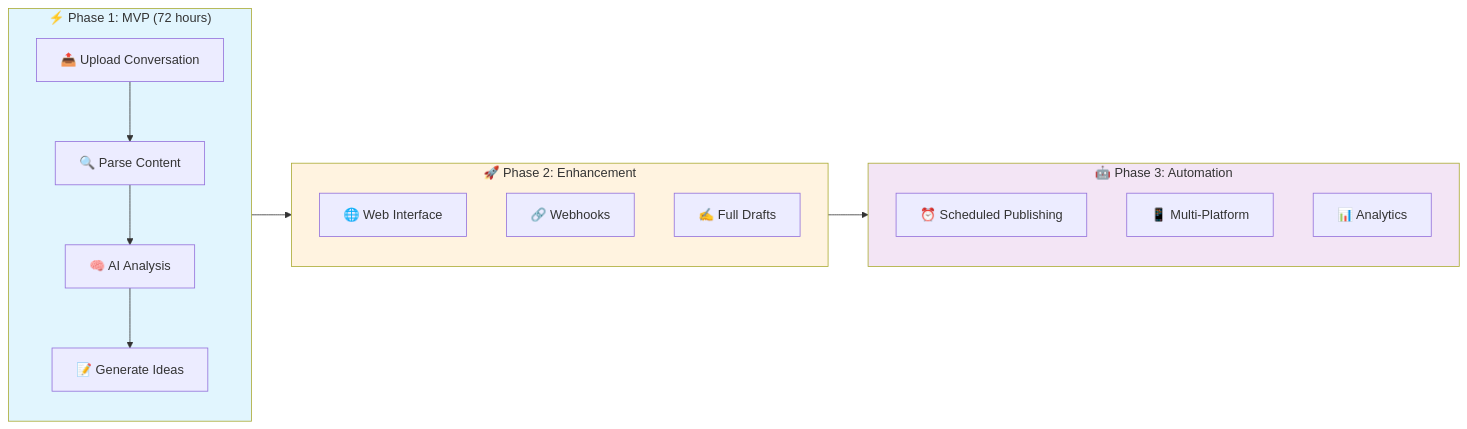
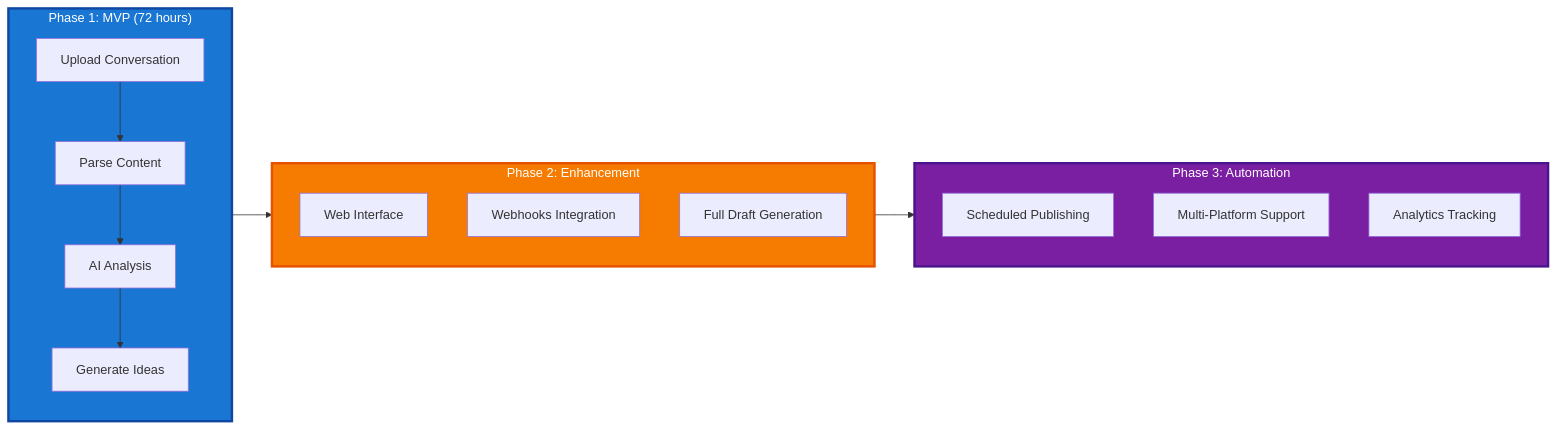
The second of 2 diagrams in content/posts/2025-10-05-season-1-episode-1-day-zero.md (rduffyuk/blog), drawn with Mermaid before and after one commit. The commit also changed 48 other files, not shown here.

First line of the commit message:
Fix Mermaid syntax error and dramatically improve color contrast

````diff
--- a/content/posts/2025-10-05-season-1-episode-1-day-zero.md
+++ b/content/posts/2025-10-05-season-1-episode-1-day-zero.md
@@ -200,27 +200,27 @@
 ```mermaid
 graph LR
-    subgraph Phase1["⚡ Phase 1: MVP (72 hours)"]
-        Upload[📤 Upload Conversation] --> Parse[🔍 Parse Content]
-        Parse --> Analyze[🧠 AI Analysis]
-        Analyze --> Generate[📝 Generate Ideas]
+    subgraph Phase1[" Phase 1: MVP (72 hours)"]
+        Upload[Upload Conversation] --> Parse[Parse Content]
+        Parse --> Analyze[AI Analysis]
+        Analyze --> Generate[Generate Ideas]
     end
 
-    subgraph Phase2["🚀 Phase 2: Enhancement"]
-        WebUI[🌐 Web Interface]
-        Webhooks[🔗 Webhooks]
-        Drafts[✍️ Full Drafts]
+    subgraph Phase2[" Phase 2: Enhancement"]
+        WebUI[Web Interface]
+        Webhooks[Webhooks Integration]
+        Drafts[Full Draft Generation]
     end
 
-    subgraph Phase3["🤖 Phase 3: Automation"]
-        Schedule[⏰ Scheduled Publishing]
-        Multi[📱 Multi-Platform]
-        Analytics[📊 Analytics]
+    subgraph Phase3[" Phase 3: Automation"]
+        Schedule[Scheduled Publishing]
+        Multi[Multi-Platform Support]
+        Analytics[Analytics Tracking]
     end
 
     Phase1 --> Phase2
     Phase2 --> Phase3
 
-    style Phase1 fill:#e1f5fe
-    style Phase2 fill:#fff3e0
-    style Phase3 fill:#f3e5f5
+    style Phase1 fill:#1976D2,stroke:#0D47A1,stroke-width:3px,color:#fff
+    style Phase2 fill:#F57C00,stroke:#E65100,stroke-width:3px,color:#fff
+    style Phase3 fill:#7B1FA2,stroke:#4A148C,stroke-width:3px,color:#fff
 ```
````
